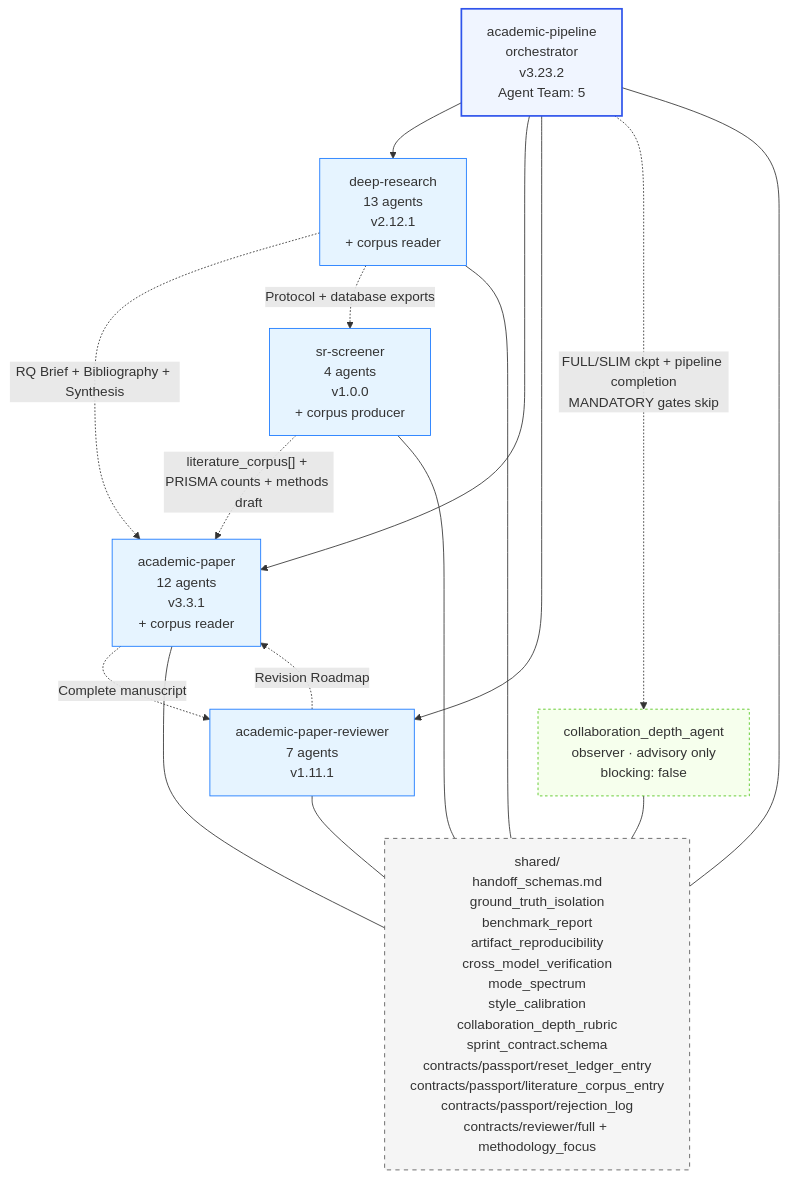
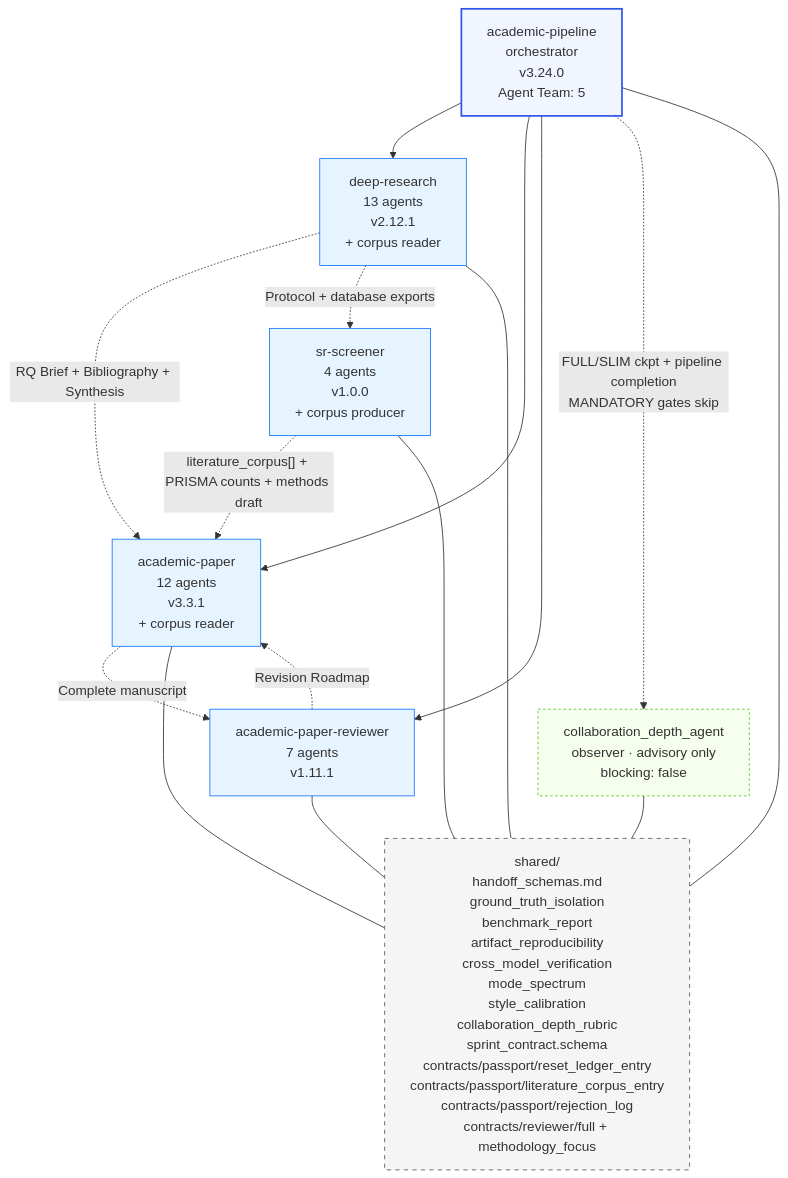
One commit to viseshrp/ai-skills-archive changed the fourth of 5 diagrams in archives/Imbad0202__academic-research-skills/snapshot/docs/ARCHITECTURE.md. Above: the diagram before and after it, drawn with Mermaid. The commit also changed other lines of this file and 666 other files, not shown here.

````diff
--- a/archives/Imbad0202__academic-research-skills/snapshot/docs/ARCHITECTURE.md
+++ b/archives/Imbad0202__academic-research-skills/snapshot/docs/ARCHITECTURE.md
@@ -220,35 +220,35 @@
 ```mermaid
 graph TD
-    Pipeline[academic-pipeline<br/>orchestrator<br/>v3.23.2<br/>Agent Team: 5]
+    Pipeline[academic-pipeline<br/>orchestrator<br/>v3.24.0<br/>Agent Team: 5]
     Observer[collaboration_depth_agent<br/>observer · advisory only<br/>blocking: false]
     DR[deep-research<br/>13 agents<br/>v2.12.1<br/>+ corpus reader]
     AP[academic-paper<br/>12 agents<br/>v3.3.1<br/>+ corpus reader]
     APR[academic-paper-reviewer<br/>7 agents<br/>v1.11.1]
     SRS[sr-screener<br/>4 agents<br/>v1.0.0<br/>+ corpus producer]
     Shared[shared/<br/>handoff_schemas.md<br/>ground_truth_isolation<br/>benchmark_report<br/>artifact_reproducibility<br/>cross_model_verification<br/>mode_spectrum<br/>style_calibration<br/>collaboration_depth_rubric<br/>sprint_contract.schema<br/>contracts/passport/reset_ledger_entry<br/>contracts/passport/literature_corpus_entry<br/>contracts/passport/rejection_log<br/>contracts/reviewer/full + methodology_focus]
 
     Pipeline --> DR
     Pipeline --> AP
     Pipeline --> APR
     Pipeline -. "FULL/SLIM ckpt + pipeline completion<br/>MANDATORY gates skip" .-> Observer
     DR -. "RQ Brief + Bibliography + Synthesis" .-> AP
     AP -. "Complete manuscript" .-> APR
     APR -. "Revision Roadmap" .-> AP
     DR -. "Protocol + database exports" .-> SRS
     SRS -. "literature_corpus[] + PRISMA counts + methods draft" .-> AP
     DR --- Shared
     AP --- Shared
     APR --- Shared
     Pipeline --- Shared
     Observer --- Shared
     SRS --- Shared
 
     classDef orch fill:#f0f5ff,stroke:#2f54eb,stroke-width:2px
     classDef skill fill:#e6f4ff,stroke:#1677ff
     classDef shared fill:#f5f5f5,stroke:#595959,stroke-dasharray:5 5
     classDef observer fill:#f6ffed,stroke:#52c41a,stroke-dasharray:3 3
     class Pipeline orch
     class DR,AP,APR,SRS skill
     class Shared shared
     class Observer observer
 ```
````
